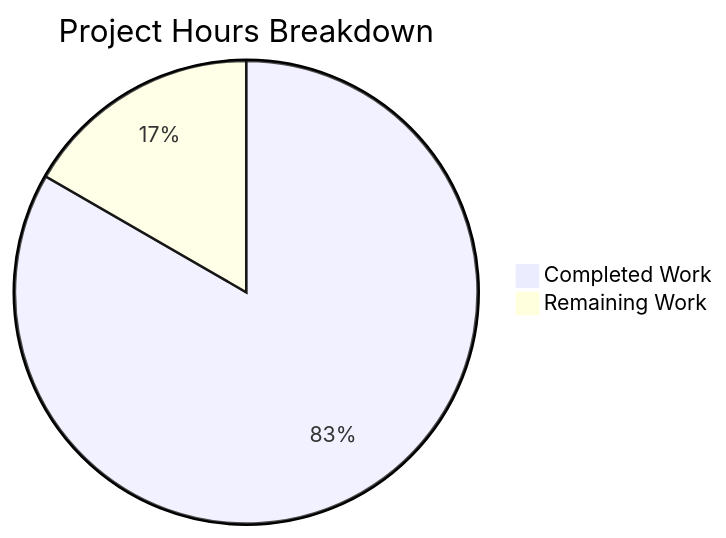
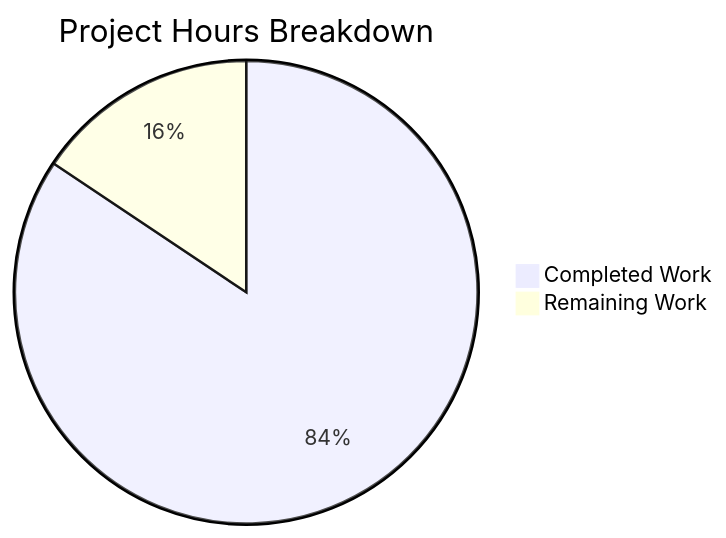
One commit to Sandeep02Kumar02/existing-projects-qa-test changed the diagram in blitzy/documentation/Project Guide.md. Above: the diagram before and after it, drawn with Mermaid. The commit also changed other lines of this file, not shown here.

Commit message:
Adding Blitzy Project Guide: Project Status and Human Tasks Remaining

````diff
--- a/blitzy/documentation/Project Guide.md
+++ b/blitzy/documentation/Project Guide.md
@@ -32,5 +40,5 @@
 ```mermaid
 pie title Project Hours Breakdown
-    "Completed Work" : 40
-    "Remaining Work" : 8
+    "Completed Work" : 54
+    "Remaining Work" : 10
 ```
````
